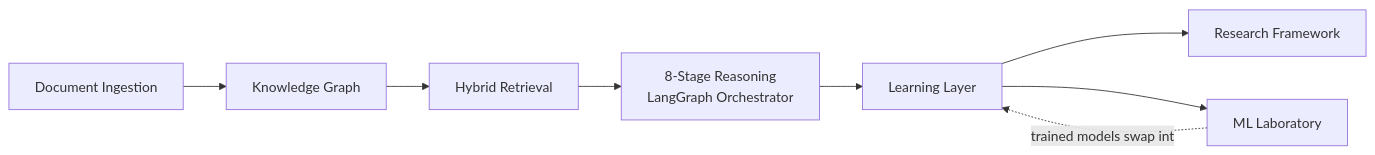
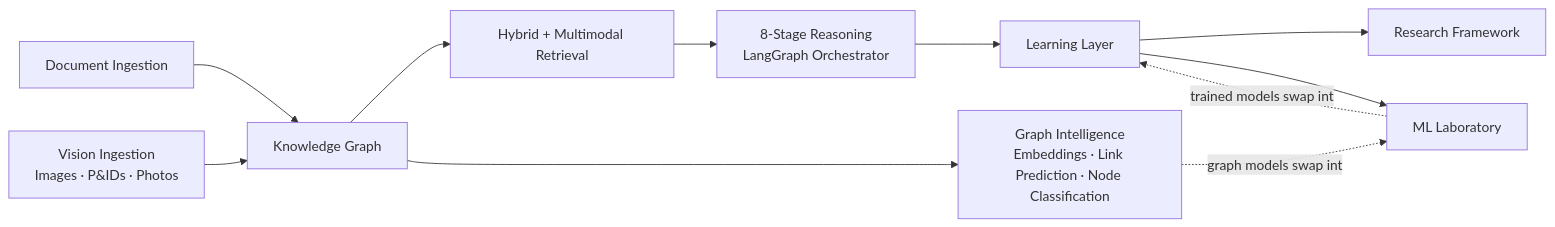
The diagram in README.md (NisirBage/industrial-knowledge-os), drawn with Mermaid before and after one commit. The commit also changed other lines of this file and 124 other files, not shown here.

Commit message:
feat: complete M9 Industrial Graph Intelligence Platform

````diff
--- a/README.md
+++ b/README.md
@@ -50,10 +54,13 @@
 ```mermaid
 flowchart LR
     A[Document Ingestion] --> B[Knowledge Graph]
-    B --> C[Hybrid Retrieval]
+    V[Vision Ingestion<br/>Images · P&IDs · Photos] --> B
+    B --> C[Hybrid + Multimodal Retrieval]
     C --> D[8-Stage Reasoning<br/>LangGraph Orchestrator]
     D --> E[Learning Layer]
     E --> F[Research Framework]
     E --> G[ML Laboratory]
+    B --> H[Graph Intelligence<br/>Embeddings · Link Prediction · Node Classification]
+    H -.graph models swap into.-> G
     G -.trained models swap into.-> E
 ```
````
